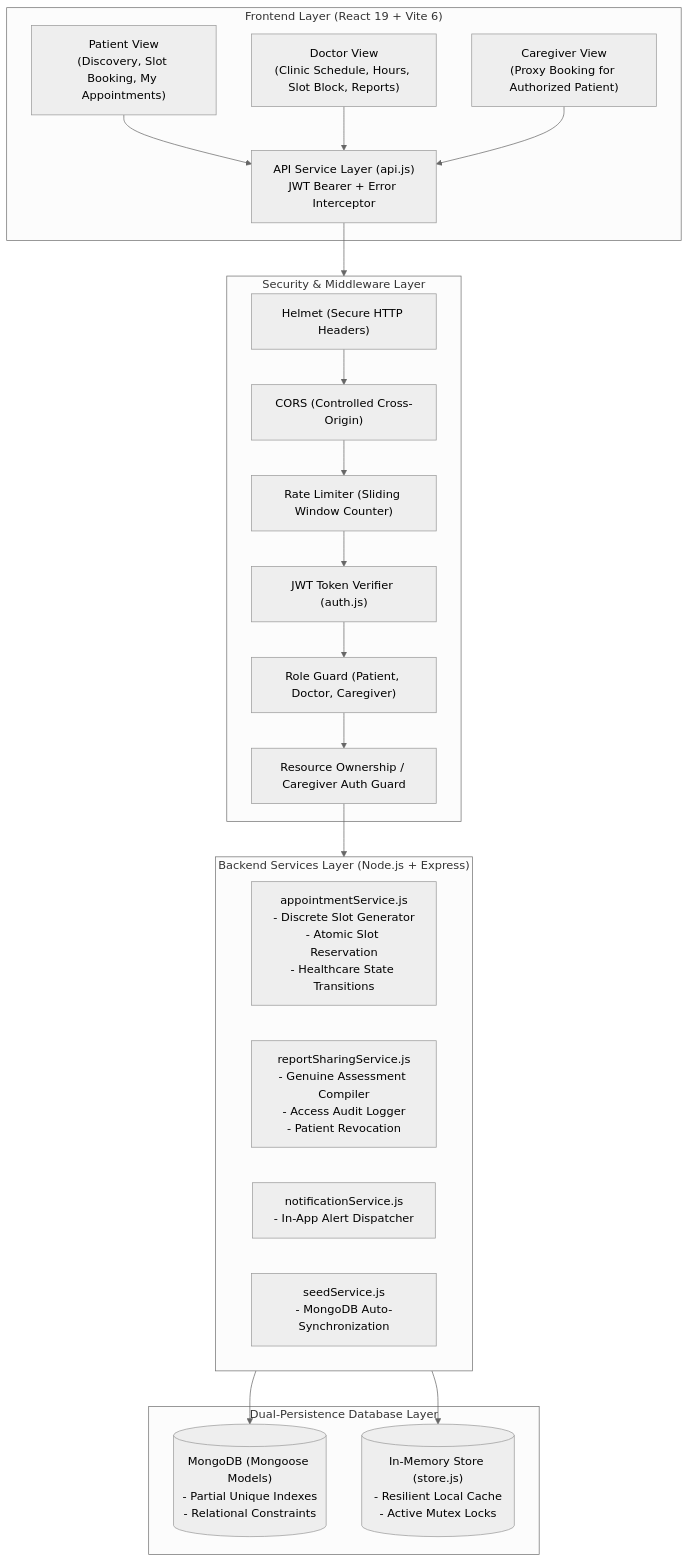
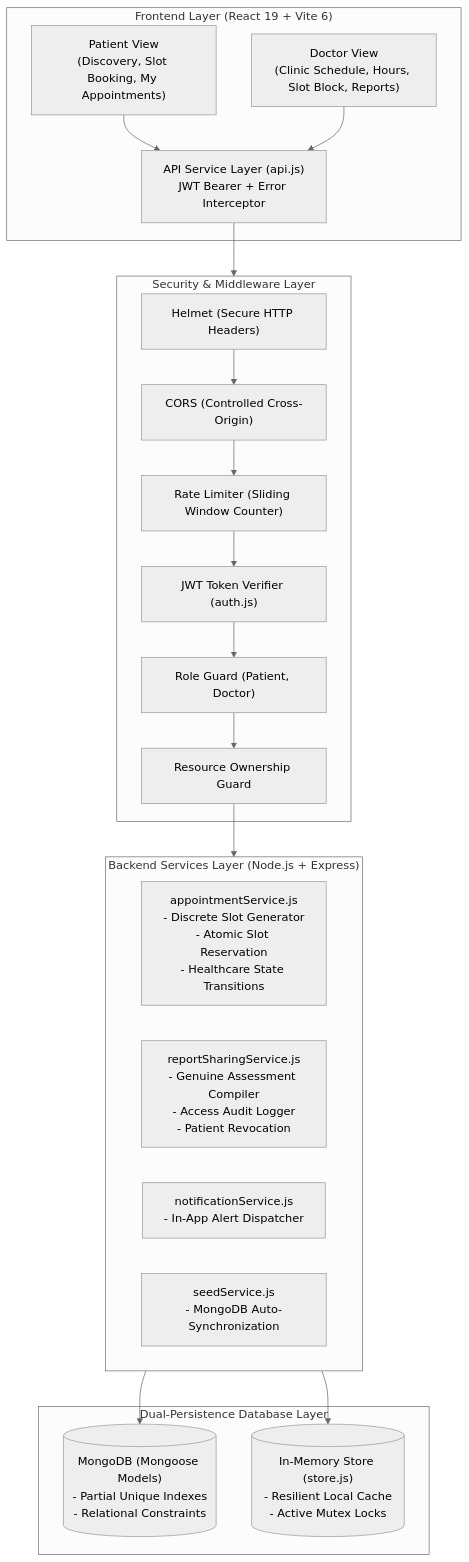
The first of 2 diagrams in DOCTOR_APPOINTMENT_ARCHITECTURE.md (Raj-shukla-05/Hacksprint), drawn with Mermaid (neutral theme) before and after one commit. The commit also changed other lines of this file and 32 other files, not shown here.

Commit message:
Remove caregiver role; app now supports patients and doctors only

````diff
--- a/DOCTOR_APPOINTMENT_ARCHITECTURE.md
+++ b/DOCTOR_APPOINTMENT_ARCHITECTURE.md
@@ -17,41 +17,39 @@
 ```mermaid
 flowchart TD
     subgraph Client["Frontend Layer (React 19 + Vite 6)"]
         UI_Pat["Patient View\n(Discovery, Slot Booking, My Appointments)"]
         UI_Doc["Doctor View\n(Clinic Schedule, Hours, Slot Block, Reports)"]
-        UI_Car["Caregiver View\n(Proxy Booking for Authorized Patient)"]
         API_Client["API Service Layer (api.js)\nJWT Bearer + Error Interceptor"]
         UI_Pat --> API_Client
         UI_Doc --> API_Client
-        UI_Car --> API_Client
     end
 
     subgraph Security["Security & Middleware Layer"]
         Hlm["Helmet (Secure HTTP Headers)"]
         CORS["CORS (Controlled Cross-Origin)"]
         RL["Rate Limiter (Sliding Window Counter)"]
         Auth["JWT Token Verifier (auth.js)"]
-        RoleCheck["Role Guard (Patient, Doctor, Caregiver)"]
-        IDORCheck["Resource Ownership / Caregiver Auth Guard"]
+        RoleCheck["Role Guard (Patient, Doctor)"]
+        IDORCheck["Resource Ownership Guard"]
         Hlm --> CORS --> RL --> Auth --> RoleCheck --> IDORCheck
     end
 
     API_Client --> Security
 
     subgraph Backend["Backend Services Layer (Node.js + Express)"]
         AptSvc["appointmentService.js\n- Discrete Slot Generator\n- Atomic Slot Reservation\n- Healthcare State Transitions"]
         RepSvc["reportSharingService.js\n- Genuine Assessment Compiler\n- Access Audit Logger\n- Patient Revocation"]
         NotifSvc["notificationService.js\n- In-App Alert Dispatcher"]
         SeedSvc["seedService.js\n- MongoDB Auto-Synchronization"]
     end
 
     IDORCheck --> Backend
 
     subgraph Storage["Dual-Persistence Database Layer"]
         Mongo[("MongoDB (Mongoose Models)\n- Partial Unique Indexes\n- Relational Constraints")]
         MemStore[("In-Memory Store (store.js)\n- Resilient Local Cache\n- Active Mutex Locks")]
     end
 
     Backend --> Mongo
     Backend --> MemStore
 ```
````
